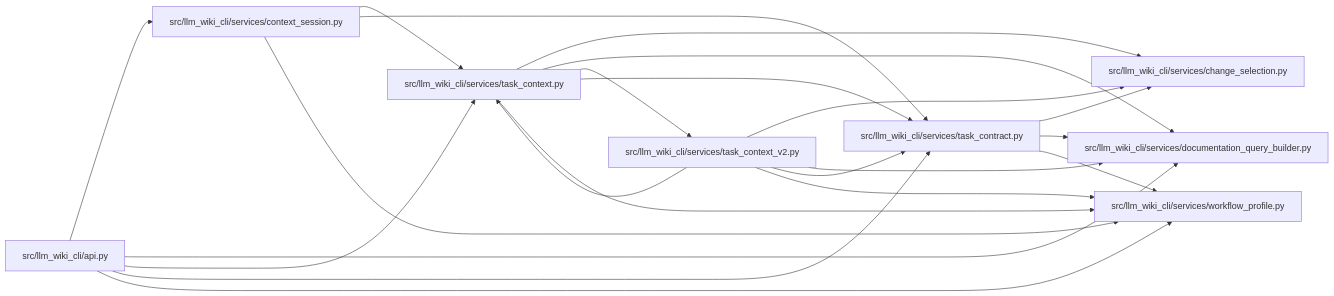
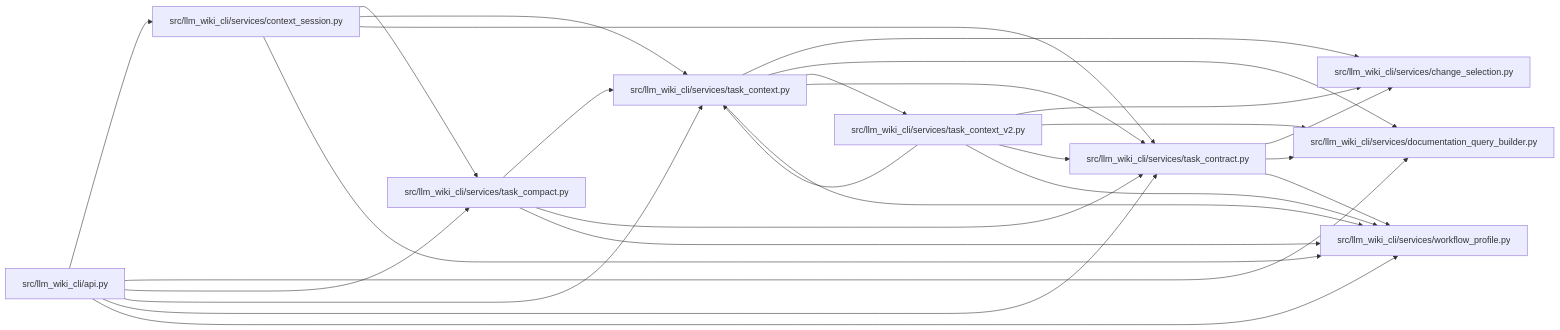
Before and after one commit to Denissvgn/python-wiki-llm: the diagram in docs/llm_wiki/modules/task_contract.md, drawn with Mermaid. The commit also changed other lines of this file and 1410 other files, not shown here.

First line of the commit message:
Add source-grounded task guides and re-anchor the maintained wiki

````diff
--- a/docs/llm_wiki/modules/task_contract.md
+++ b/docs/llm_wiki/modules/task_contract.md
@@ -26,40 +26,47 @@
 ```mermaid
 flowchart LR
     n0["src/llm_wiki_cli/api.py"]
     n1["src/llm_wiki_cli/services/change_selection.py"]
     n2["src/llm_wiki_cli/services/context_session.py"]
     n3["src/llm_wiki_cli/services/documentation_query_builder.py"]
-    n4["src/llm_wiki_cli/services/task_context.py"]
-    n5["src/llm_wiki_cli/services/task_context_v2.py"]
-    n6["src/llm_wiki_cli/services/task_contract.py"]
-    n7["src/llm_wiki_cli/services/workflow_profile.py"]
+    n4["src/llm_wiki_cli/services/task_compact.py"]
+    n5["src/llm_wiki_cli/services/task_context.py"]
+    n6["src/llm_wiki_cli/services/task_context_v2.py"]
+    n7["src/llm_wiki_cli/services/task_contract.py"]
+    n8["src/llm_wiki_cli/services/workflow_profile.py"]
     n0 --> n2
     n0 --> n3
     n0 --> n4
-    n0 --> n6
+    n0 --> n5
     n0 --> n7
+    n0 --> n8
     n2 --> n4
-    n2 --> n6
+    n2 --> n5
     n2 --> n7
-    n4 --> n1
-    n4 --> n3
+    n2 --> n8
     n4 --> n5
-    n4 --> n6
     n4 --> n7
+    n4 --> n8
     n5 --> n1
     n5 --> n3
-    n5 --> n4
     n5 --> n6
     n5 --> n7
+    n5 --> n8
     n6 --> n1
     n6 --> n3
+    n6 --> n5
     n6 --> n7
+    n6 --> n8
+    n7 --> n1
+    n7 --> n3
+    n7 --> n8
     click n0 "../modules/api.md"
     click n1 "../modules/change_selection.md"
     click n2 "../modules/context_session.md"
     click n3 "../modules/documentation_query_builder.md"
-    click n4 "../modules/task_context.md"
-    click n5 "../modules/task_context_v2.md"
-    click n6 "../modules/task_contract.md"
-    click n7 "../modules/workflow_profile.md"
+    click n4 "../modules/task_compact.md"
+    click n5 "../modules/task_context.md"
+    click n6 "../modules/task_context_v2.md"
+    click n7 "../modules/task_contract.md"
+    click n8 "../modules/workflow_profile.md"
 ```
````
